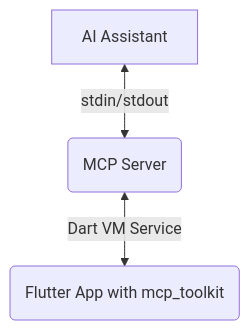
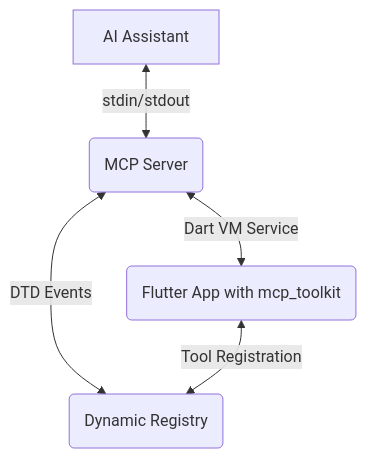
Before and after one commit to Arenukvern/mcp_flutter: the diagram in docs/core/project_architecture.mdx, drawn with Mermaid. The commit also changed other lines of this file and 5 other files, not shown here.

````diff
--- a/docs/core/project_architecture.mdx
+++ b/docs/core/project_architecture.mdx
@@ -21,5 +136,7 @@
 ```mermaid
 graph TD
     A[AI Assistant] <-->|stdin/stdout| B(MCP Server);
     B <-->|Dart VM Service| C(Flutter App with mcp_toolkit);
+    B <-->|DTD Events| D(Dynamic Registry);
+    C <-->|Tool Registration| D;
 ```
````
